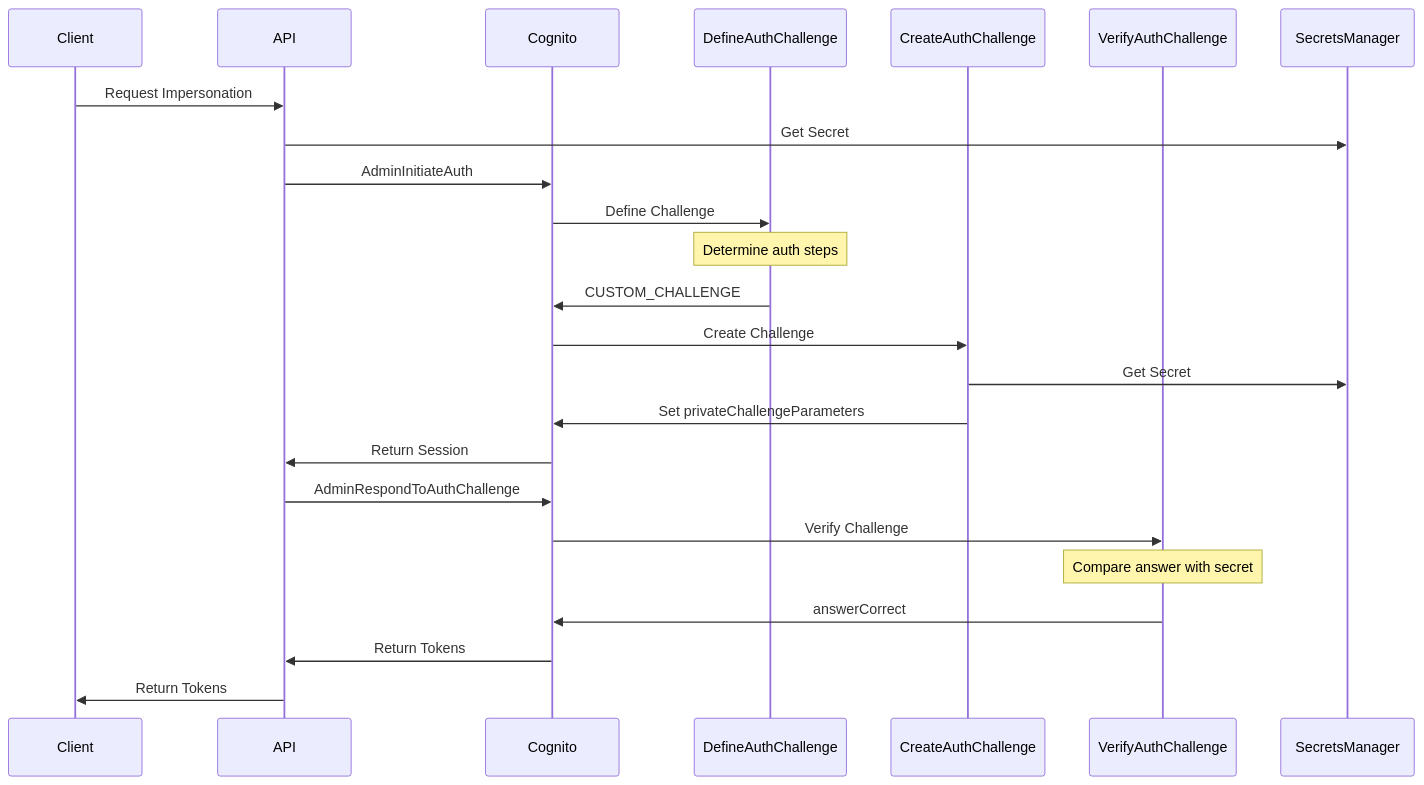
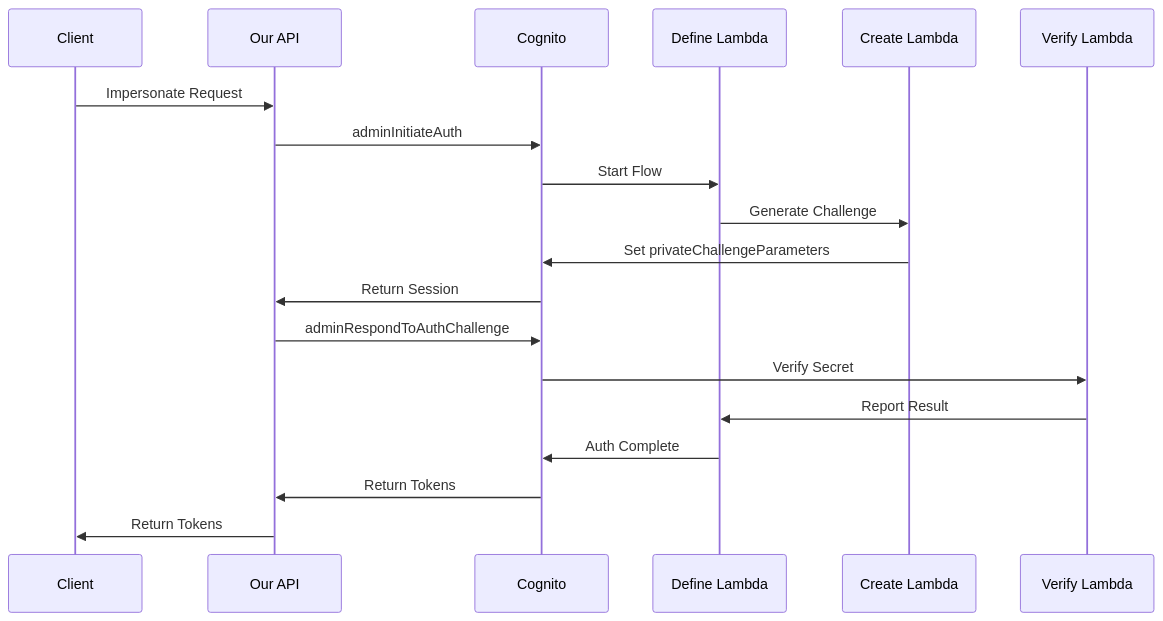
Before and after one commit to antonio-masotti/cognito-custom-auth-poc: the second of 2 diagrams in README.md, drawn with Mermaid. The commit also changed other lines of this file and 5 other files, not shown here.

````diff
--- a/README.md
+++ b/README.md
@@ -65,28 +97,22 @@
 ```mermaid
 sequenceDiagram
-participant C as Client
-participant A as API
-participant CI as Cognito
-participant D as DefineAuthChallenge
-participant CC as CreateAuthChallenge
-participant V as VerifyAuthChallenge
-participant S as SecretsManager
+    participant C as Client
+    participant A as Our API
+    participant Cog as Cognito
+    participant D as Define Lambda
+    participant Cr as Create Lambda
+    participant V as Verify Lambda
 
-    C->>A: Request Impersonation
-    A->>S: Get Secret
-    A->>CI: AdminInitiateAuth
-    CI->>D: Define Challenge
-    Note over D: Determine auth steps
-    D->>CI: CUSTOM_CHALLENGE
-    CI->>CC: Create Challenge
-    CC->>S: Get Secret
-    CC->>CI: Set privateChallengeParameters
-    CI->>A: Return Session
-    A->>CI: AdminRespondToAuthChallenge
-    CI->>V: Verify Challenge
-    Note over V: Compare answer with secret
-    V->>CI: answerCorrect
-    CI->>A: Return Tokens
+    C->>A: Impersonate Request
+    A->>Cog: adminInitiateAuth
+    Cog->>D: Start Flow
+    D->>Cr: Generate Challenge
+    Cr->>Cog: Set privateChallengeParameters
+    Cog->>A: Return Session
+    A->>Cog: adminRespondToAuthChallenge
+    Cog->>V: Verify Secret
+    V->>D: Report Result
+    D->>Cog: Auth Complete
+    Cog->>A: Return Tokens
     A->>C: Return Tokens
-
 ```
````
